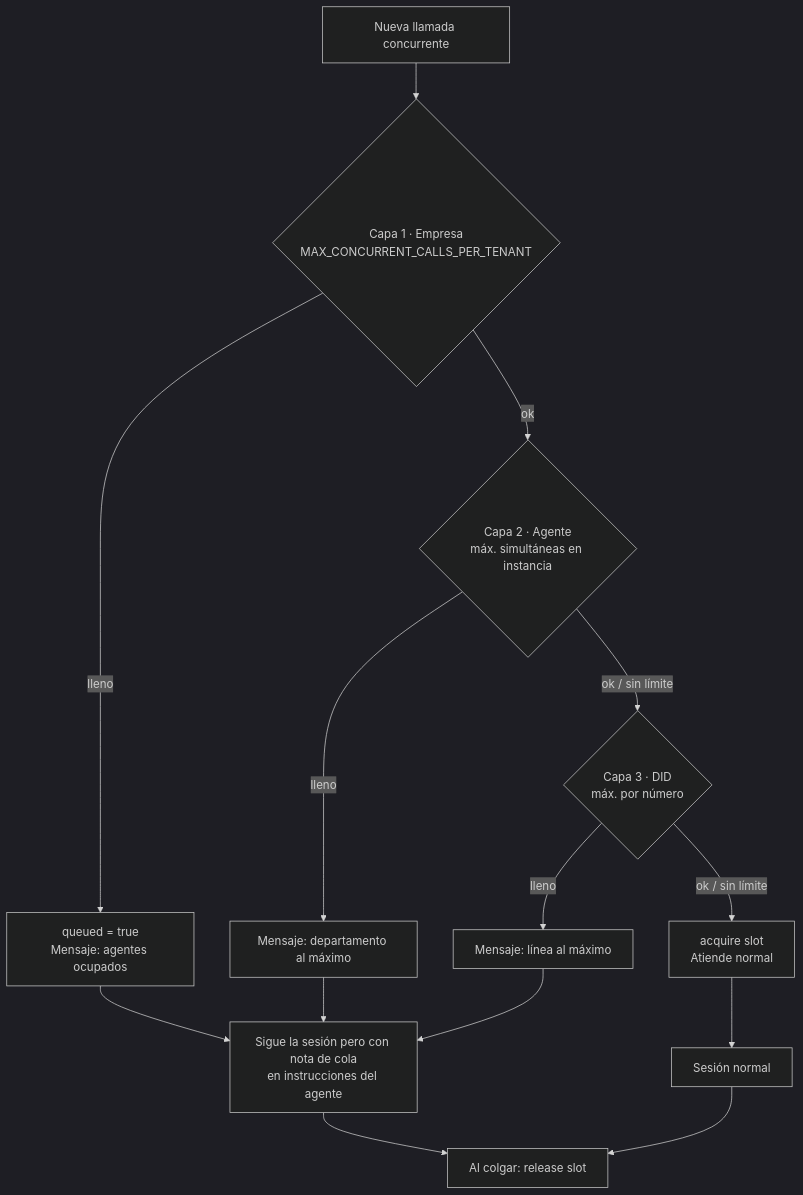
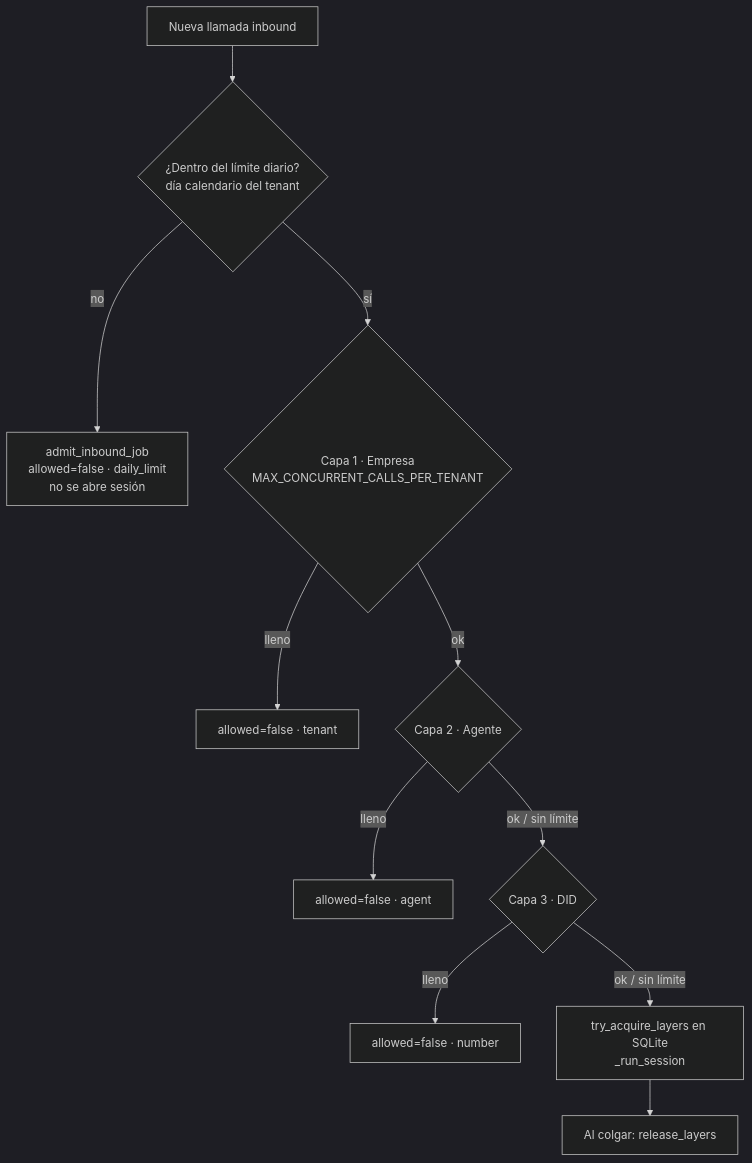
The sixth of 20 diagrams in docs/FLUJOS_OPERATIVOS.md (Zombie10/CallManagement), drawn with Mermaid (dark theme) before and after one commit. The commit also changed other lines of this file and 7 other files, not shown here.

````diff
--- a/docs/FLUJOS_OPERATIVOS.md
+++ b/docs/FLUJOS_OPERATIVOS.md
@@ -229,18 +227,14 @@
 ```mermaid
 flowchart TD
-  IN["Nueva llamada concurrente"] --> L1{"Capa 1 · Empresa<br/>MAX_CONCURRENT_CALLS_PER_TENANT"}
-  L1 -->|lleno| BLOCK["queued = true<br/>Mensaje: agentes ocupados"]
-  L1 -->|ok| L2{"Capa 2 · Agente<br/>máx. simultáneas en instancia"}
-  L2 -->|lleno| BLOCK2["Mensaje: departamento al máximo"]
-  L2 -->|ok / sin límite| L3{"Capa 3 · DID<br/>máx. por número"}
-  L3 -->|lleno| BLOCK3["Mensaje: línea al máximo"]
-  L3 -->|ok / sin límite| OK["acquire slot<br/>Atiende normal"]
+  IN["Nueva llamada inbound"] --> DAY{"¿Dentro del límite diario?<br/>día calendario del tenant"}
+  DAY -->|no| REJECT["admit_inbound_job<br/>allowed=false · daily_limit<br/>no se abre sesión"]
+  DAY -->|sí| L1{"Capa 1 · Empresa<br/>MAX_CONCURRENT_CALLS_PER_TENANT"}
+  L1 -->|lleno| REJECT2["allowed=false · tenant"]
+  L1 -->|ok| L2{"Capa 2 · Agente"}
+  L2 -->|lleno| REJECT3["allowed=false · agent"]
+  L2 -->|ok / sin límite| L3{"Capa 3 · DID"}
+  L3 -->|lleno| REJECT4["allowed=false · number"]
+  L3 -->|ok / sin límite| OK["try_acquire_layers en SQLite<br/>_run_session"]
 
-  BLOCK --> AGENT["Sigue la sesión pero con nota de cola<br/>en instrucciones del agente"]
-  BLOCK2 --> AGENT
-  BLOCK3 --> AGENT
-  OK --> AGENT2["Sesión normal"]
-
-  AGENT --> END["Al colgar: release slot"]
-  AGENT2 --> END
+  OK --> END["Al colgar: release_layers"]
 ```
````
